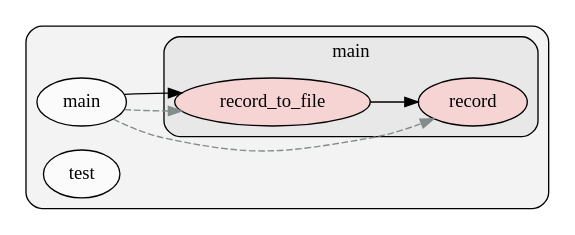
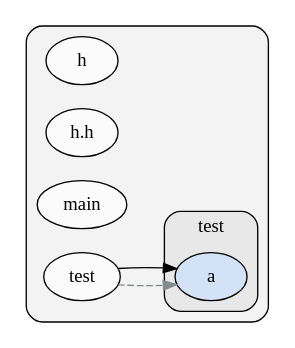
Before and after one commit to Sjim/PrivateScan-new: the diagram in tmp.gv, drawn with Graphviz. The commit also changed 10 other files, not shown here.

```diff
--- a/tmp.gv
+++ b/tmp.gv
@@ -1,19 +1,18 @@
 digraph G {
     graph [rankdir=LR, clusterrank="local"];
     subgraph cluster_G {
 
         graph [style="filled,rounded", fillcolor="#80808018", label=""];
-        main [label="main", style="filled", fillcolor="#ffffffb2", fontcolor="#000000", group="0"];
-        test [label="test", style="filled", fillcolor="#ffffffb2", fontcolor="#000000", group="1"];
-        subgraph cluster_main {
+        h [label="h", style="filled", fillcolor="#ffffffb2", fontcolor="#000000", group="0"];
+        h__h [label="h.h", style="filled", fillcolor="#ffffffb2", fontcolor="#000000", group="1"];
+        main [label="main", style="filled", fillcolor="#ffffffb2", fontcolor="#000000", group="2"];
+        test [label="test", style="filled", fillcolor="#ffffffb2", fontcolor="#000000", group="3"];
+        subgraph cluster_test {
 
-            graph [style="filled,rounded", fillcolor="#80808018", label="main"];
-            main__record [label="record", style="filled", fillcolor="#feccccb2", fontcolor="#000000", group="0"];
-            main__record_to_file [label="record_to_file", style="filled", fillcolor="#feccccb2", fontcolor="#000000", group="0"];
+            graph [style="filled,rounded", fillcolor="#80808018", label="test"];
+            test__a [label="a", style="filled", fillcolor="#cce0feb2", fontcolor="#000000", group="3"];
         }
     }
-        main -> main__record_to_file [style="dashed",  color="#838b8b"];
-        main -> main__record [style="dashed",  color="#838b8b"];
-        main -> main__record_to_file [style="solid",  color="#000000"];
-        main__record_to_file -> main__record [style="solid",  color="#000000"];
+        test -> test__a [style="dashed",  color="#838b8b"];
+        test -> test__a [style="solid",  color="#000000"];
     }
```
